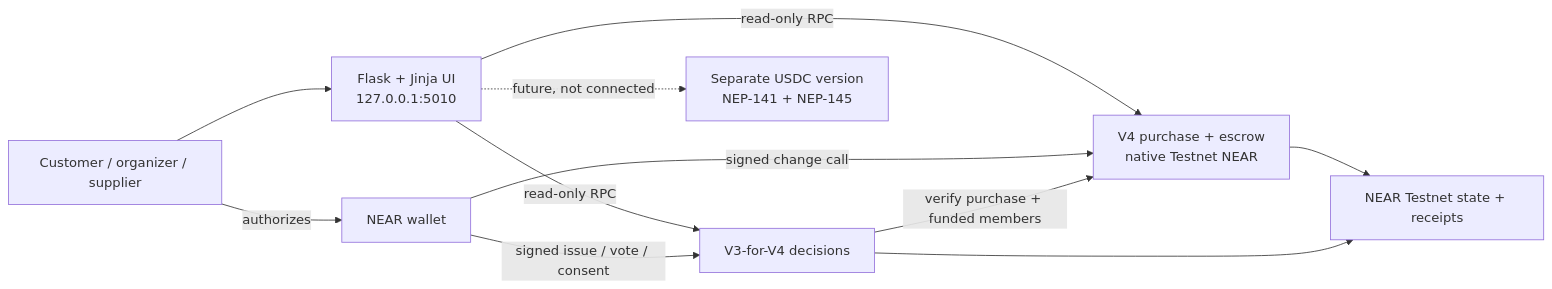
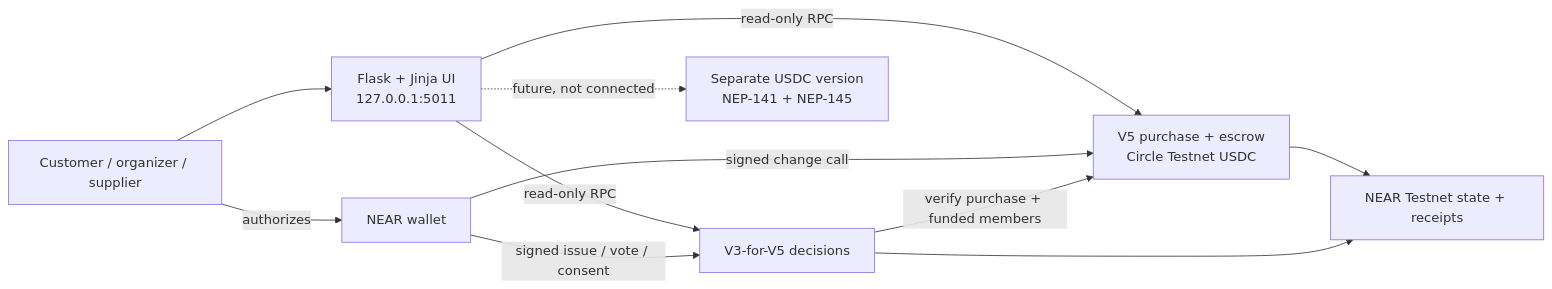
One commit to dalamaa/HarvestPool changed the diagram in README.md. Above: the diagram before and after it, drawn with Mermaid. The commit also changed other lines of this file and 23 other files, not shown here.

````diff
--- a/README.md
+++ b/README.md
@@ -110,13 +111,13 @@
 ```mermaid
 flowchart LR
-    U[Customer / organizer / supplier] --> A[Flask + Jinja UI<br/>127.0.0.1:5010]
+    U[Customer / organizer / supplier] --> A[Flask + Jinja UI<br/>127.0.0.1:5011]
     U -->|authorizes| W[NEAR wallet]
-    A -->|read-only RPC| P[V4 purchase + escrow<br/>native Testnet NEAR]
+    A -->|read-only RPC| P[V5 purchase + escrow<br/>Circle Testnet USDC]
     W -->|signed change call| P
-    A -->|read-only RPC| D[V3-for-V4 decisions]
+    A -->|read-only RPC| D[V3-for-V5 decisions]
     W -->|signed issue / vote / consent| D
     D -->|verify purchase + funded members| P
     P --> N[NEAR Testnet state + receipts]
     D --> N
     A -. future, not connected .-> T[Separate USDC version<br/>NEP-141 + NEP-145]
 ```
````
